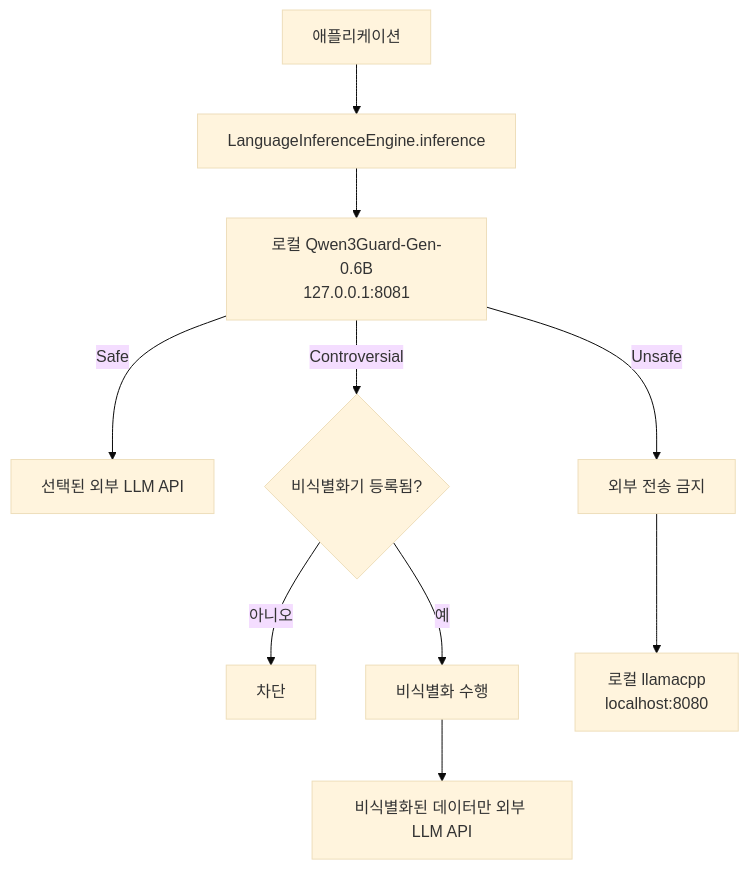
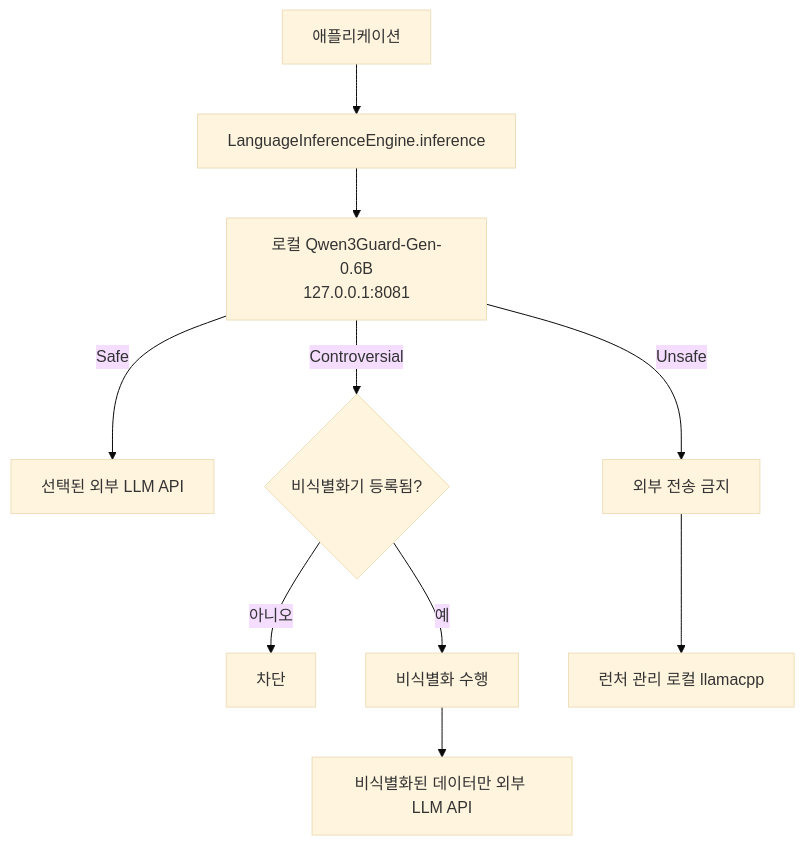
One commit to gnh1201/welsonjs changed the first of 3 diagrams in docs/llm-guard-flow.md. Above: the diagram before and after it, drawn with Mermaid (base theme). The commit also changed other lines of this file and 6 other files, not shown here.

````diff
--- a/docs/llm-guard-flow.md
+++ b/docs/llm-guard-flow.md
@@ -9,12 +9,12 @@
 ```mermaid
 flowchart TD
     A[애플리케이션] --> B[LanguageInferenceEngine.inference]
     B --> C[로컬 Qwen3Guard-Gen-0.6B<br/>127.0.0.1:8081]
     C -->|Safe| D[선택된 외부 LLM API]
     C -->|Controversial| E{비식별화기 등록됨?}
     E -->|아니오| F[차단]
     E -->|예| G[비식별화 수행]
     G --> H[비식별화된 데이터만 외부 LLM API]
     C -->|Unsafe| I[외부 전송 금지]
-    I --> J[로컬 llamacpp<br/>localhost:8080]
+    I --> J[런처 관리 로컬 llamacpp]
 ```
````
